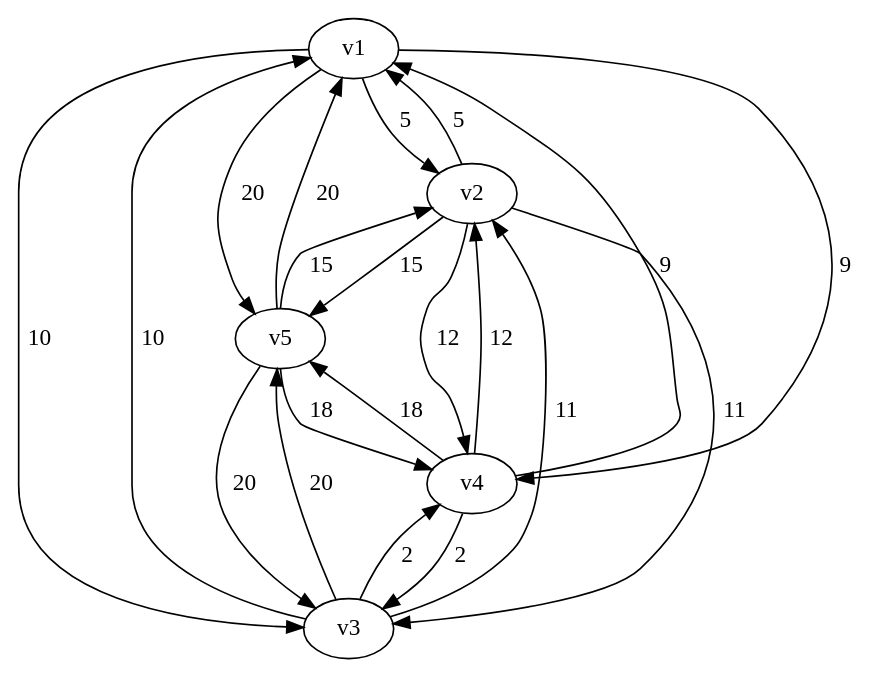
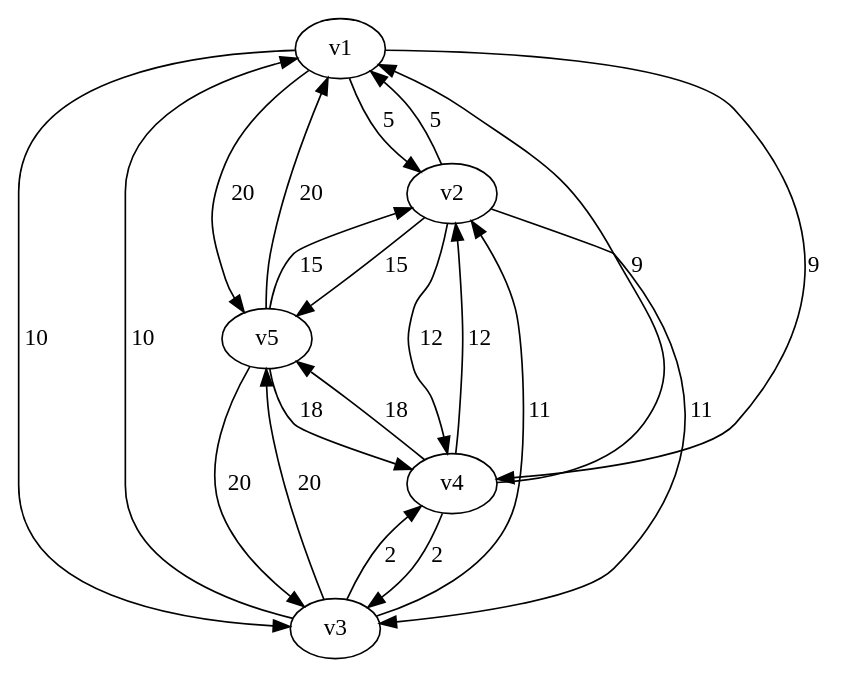
The diagram in io/graph_11.dot (MaxPower9001/B-AI3GKAP), drawn with Graphviz before and after one commit. The commit also changed 21 other files, not shown here.

```diff
--- a/io/graph_11.dot
+++ b/io/graph_11.dot
@@ -1,28 +1,28 @@
 digraph graph_11
 {
 v1
 v2
 v3
 v4
 v5
-v1 -> v2 [label=" 5  "]
-v1 -> v3 [label=" 10  "]
-v1 -> v4 [label=" 9  "]
-v1 -> v5 [label=" 20  "]
-v2 -> v1 [label=" 5  "]
-v2 -> v3 [label=" 11  "]
-v2 -> v4 [label=" 12  "]
-v2 -> v5 [label=" 15  "]
-v3 -> v1 [label=" 10  "]
-v3 -> v2 [label=" 11  "]
-v3 -> v4 [label=" 2  "]
-v3 -> v5 [label=" 20  "]
-v4 -> v1 [label=" 9  "]
-v4 -> v2 [label=" 12  "]
-v4 -> v3 [label=" 2  "]
-v4 -> v5 [label=" 18  "]
-v5 -> v1 [label=" 20  "]
-v5 -> v2 [label=" 15  "]
-v5 -> v3 [label=" 20  "]
-v5 -> v4 [label=" 18  "]
+v1 -> v2 [label="5  "]
+v1 -> v3 [label="10  "]
+v1 -> v4 [label="9  "]
+v1 -> v5 [label="20  "]
+v2 -> v1 [label="5  "]
+v2 -> v3 [label="11  "]
+v2 -> v4 [label="12  "]
+v2 -> v5 [label="15  "]
+v3 -> v1 [label="10  "]
+v3 -> v2 [label="11  "]
+v3 -> v4 [label="2  "]
+v3 -> v5 [label="20  "]
+v4 -> v1 [label="9  "]
+v4 -> v2 [label="12  "]
+v4 -> v3 [label="2  "]
+v4 -> v5 [label="18  "]
+v5 -> v1 [label="20  "]
+v5 -> v2 [label="15  "]
+v5 -> v3 [label="20  "]
+v5 -> v4 [label="18  "]
 }
```
